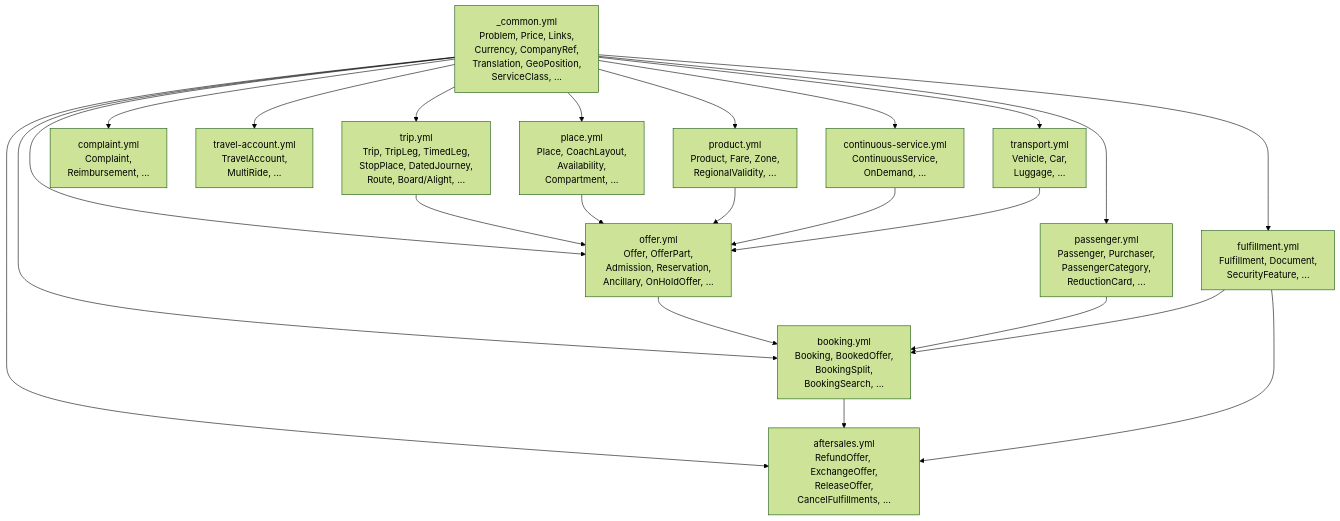
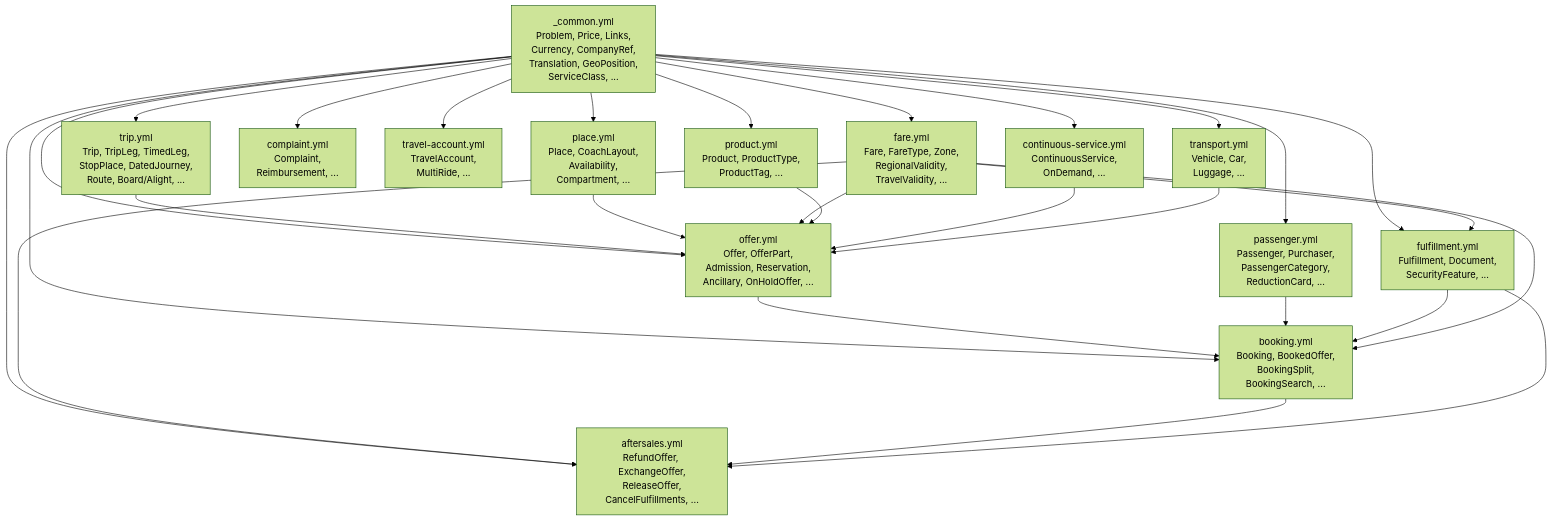
Before and after one commit to UnionInternationalCheminsdeFer/OSDM: the third of 6 diagrams in specification/v3.9/modularization.md, drawn with Mermaid (forest theme). The commit also changed other lines of this file and 10 other files, not shown here.

First line of the commit message:
Refactor fare schema references and remove product schema

````diff
--- a/specification/v3.9/modularization.md
+++ b/specification/v3.9/modularization.md
@@ -67,52 +68,59 @@
 ```mermaid
 graph TD
     COMMON["_common.yml<br/>Problem, Price, Links,<br/>Currency, CompanyRef,<br/>Translation, GeoPosition,<br/>ServiceClass, ..."]
 
     TRIP["trip.yml<br/>Trip, TripLeg, TimedLeg,<br/>StopPlace, DatedJourney,<br/>Route, Board/Alight, ..."]
 
     OFFER["offer.yml<br/>Offer, OfferPart,<br/>Admission, Reservation,<br/>Ancillary, OnHoldOffer, ..."]
 
     BOOKING["booking.yml<br/>Booking, BookedOffer,<br/>BookingSplit,<br/>BookingSearch, ..."]
 
     PASSENGER["passenger.yml<br/>Passenger, Purchaser,<br/>PassengerCategory,<br/>ReductionCard, ..."]
 
     FULFILLMENT["fulfillment.yml<br/>Fulfillment, Document,<br/>SecurityFeature, ..."]
 
     AFTERSALES["aftersales.yml<br/>RefundOffer, ExchangeOffer,<br/>ReleaseOffer,<br/>CancelFulfillments, ..."]
 
     PLACE["place.yml<br/>Place, CoachLayout,<br/>Availability,<br/>Compartment, ..."]
 
-    PRODUCT["product.yml<br/>Product, Fare, Zone,<br/>RegionalValidity, ..."]
+    PRODUCT["product.yml<br/>Product, ProductType,<br/>ProductTag, ..."]
+
+    FARE["fare.yml<br/>Fare, FareType, Zone,<br/>RegionalValidity,<br/>TravelValidity, ..."]
 
     COMPLAINT["complaint.yml<br/>Complaint,<br/>Reimbursement, ..."]
 
     TRAVEL["travel-account.yml<br/>TravelAccount,<br/>MultiRide, ..."]
 
     CONT["continuous-service.yml<br/>ContinuousService,<br/>OnDemand, ..."]
 
     TRANSPORT["transport.yml<br/>Vehicle, Car,<br/>Luggage, ..."]
 
     COMMON --> TRIP
     COMMON --> OFFER
     COMMON --> BOOKING
     COMMON --> PASSENGER
     COMMON --> FULFILLMENT
     COMMON --> AFTERSALES
     COMMON --> PLACE
     COMMON --> PRODUCT
+    COMMON --> FARE
     COMMON --> COMPLAINT
     COMMON --> TRAVEL
     COMMON --> CONT
     COMMON --> TRANSPORT
 
     TRIP --> OFFER
     OFFER --> BOOKING
     PASSENGER --> BOOKING
     FULFILLMENT --> BOOKING
     PLACE --> OFFER
+    FARE --> OFFER
+    FARE --> BOOKING
+    FARE --> AFTERSALES
+    FARE --> FULFILLMENT
     PRODUCT --> OFFER
     BOOKING --> AFTERSALES
     FULFILLMENT --> AFTERSALES
     CONT --> OFFER
     TRANSPORT --> OFFER
 ```
````
